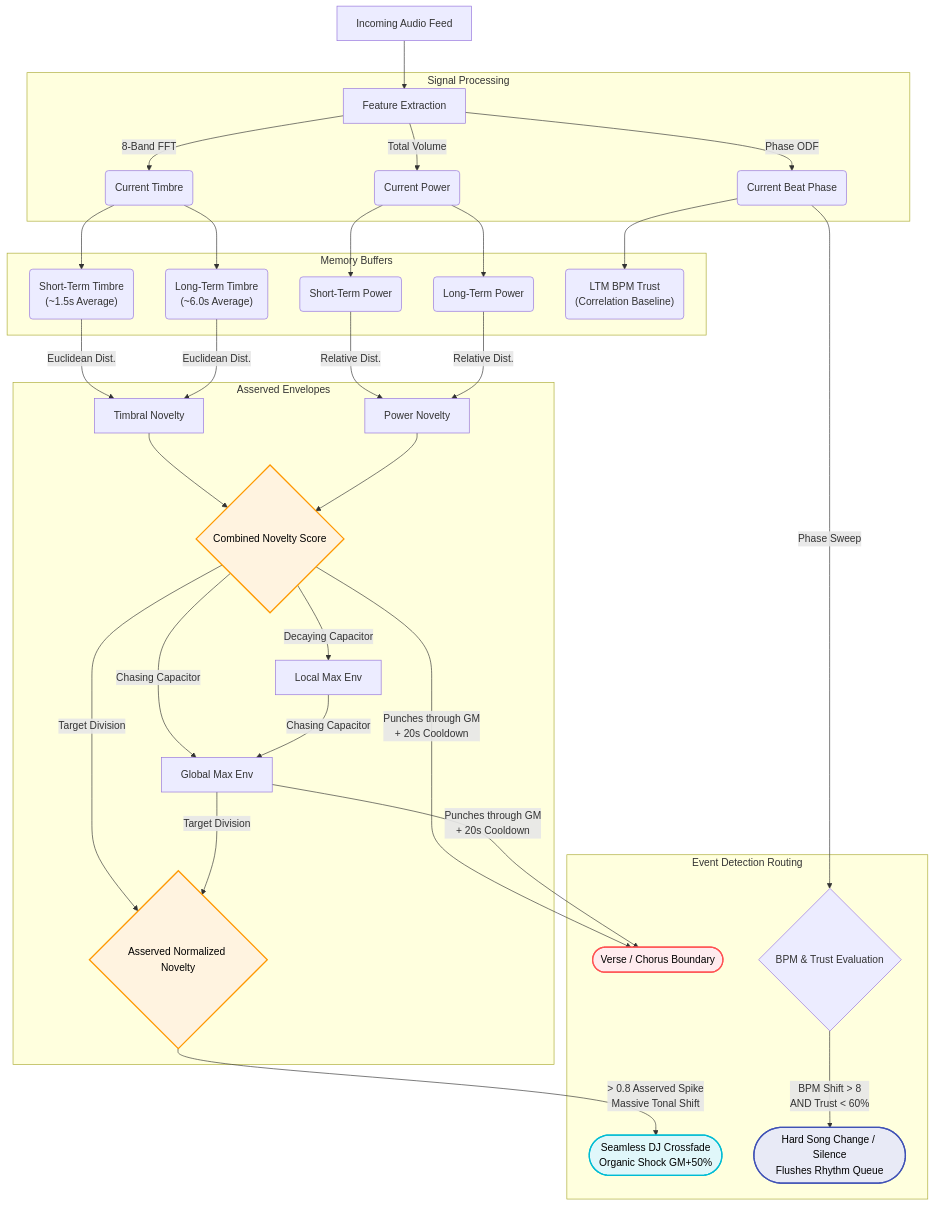
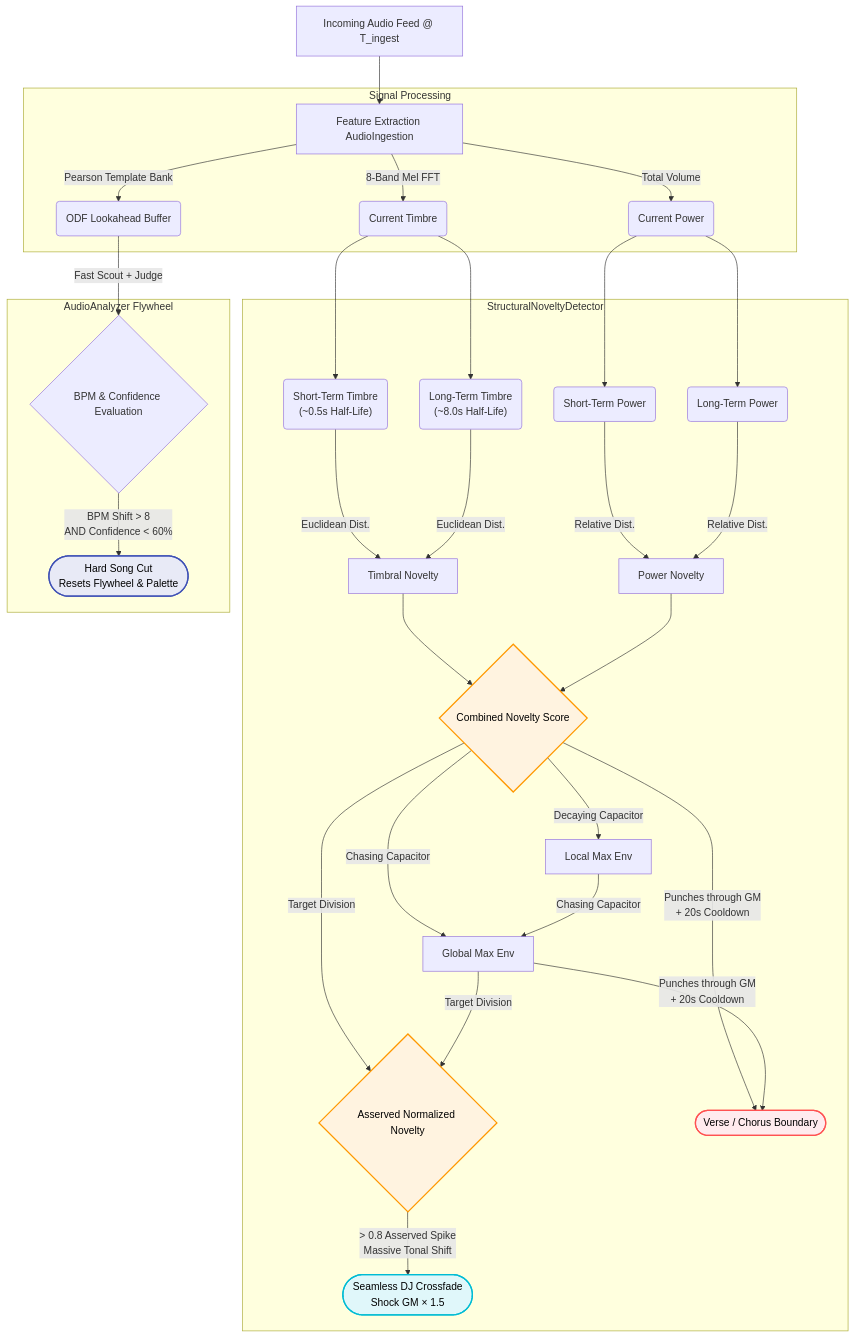
One commit to LucRobey/vialactee changed the diagram in .agents/docs/music_events_architecture.md. Above: the diagram before and after it, drawn with Mermaid. The commit also changed other lines of this file and 39 other files, not shown here.

````diff
--- a/.agents/docs/music_events_architecture.md
+++ b/.agents/docs/music_events_architecture.md
@@ -80,43 +79,39 @@
 ```mermaid
 graph TD
-    A[Incoming Audio Feed] --> B[Feature Extraction]
+    A[Incoming Audio Feed @ T_ingest] --> B[Feature Extraction AudioIngestion]
     
     subgraph Signal Processing
-        B -->|8-Band FFT| C(Current Timbre)
+        B -->|8-Band Mel FFT| C(Current Timbre)
         B -->|Total Volume| D(Current Power)
-        B -->|Phase ODF| E(Current Beat Phase)
+        B -->|Pearson Template Bank| E(ODF Lookahead Buffer)
     end
     
-    subgraph Memory Buffers
-        C --> F("Short-Term Timbre<br>(~1.5s Average)")
-        C --> G("Long-Term Timbre<br>(~6.0s Average)")
+    subgraph StructuralNoveltyDetector
+        C --> F("Short-Term Timbre<br>(~0.5s Half-Life)")
+        C --> G("Long-Term Timbre<br>(~8.0s Half-Life)")
         D --> H(Short-Term Power)
         D --> I(Long-Term Power)
-        E --> J("LTM BPM Trust<br>(Correlation Baseline)")
-    end
-    
-    subgraph Asserved Envelopes
+        
         F & G -->|Euclidean Dist.| K[Timbral Novelty]
         H & I -->|Relative Dist.| L[Power Novelty]
         K & L --> M{Combined Novelty Score}
         
         M -->|Decaying Capacitor| R[Local Max Env]
         M & R -->|Chasing Capacitor| S[Global Max Env]
         M & S -->|Target Division| T{Asserved Normalized Novelty} 
+
+        M & S -->|Punches through GM<br>+ 20s Cooldown| N([Verse / Chorus Boundary])
+        T -->|> 0.8 Asserved Spike<br>Massive Tonal Shift| O([Seamless DJ Crossfade<br>Shock GM × 1.5])
     end
     
-    subgraph Event Detection Routing
-        M & S -->|Punches through GM<br>+ 20s Cooldown| N([Verse / Chorus Boundary])
-        
-        T -->|> 0.8 Asserved Spike<br>Massive Tonal Shift| O([Seamless DJ Crossfade<br>Organic Shock GM+50%])
-        
-        E -->|Phase Sweep| P{BPM & Trust Evaluation}
-        P -->|BPM Shift > 8 <br>AND Trust < 60%| Q([Hard Song Change / Silence<br>Flushes Rhythm Queue])
+    subgraph AudioAnalyzer Flywheel
+        E -->|Fast Scout + Judge| P{BPM & Confidence Evaluation}
+        P -->|BPM Shift > 8 <br>AND Confidence < 60%| Q([Hard Song Cut<br>Resets Flywheel & Palette])
     end
 
     style N fill:#ffebee,stroke:#ff5252,stroke-width:2px,color:#000
     style O fill:#e0f7fa,stroke:#00bcd4,stroke-width:2px,color:#000
     style Q fill:#e8eaf6,stroke:#3f51b5,stroke-width:2px,color:#000
     style M fill:#fff3e0,stroke:#ff9800,stroke-width:2px,color:#000
     style T fill:#fff3e0,stroke:#ff9800,stroke-width:2px,color:#000
 ```
````
